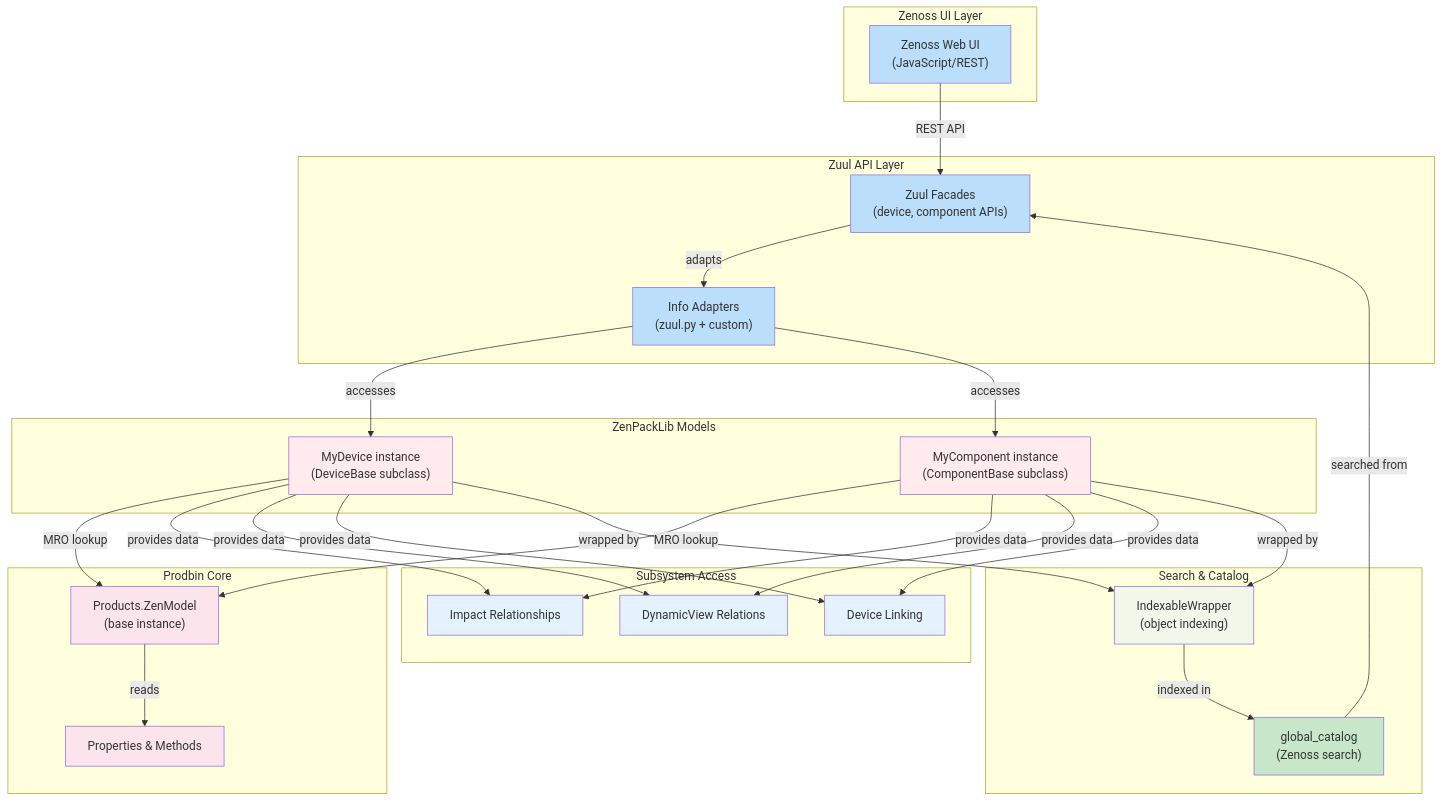
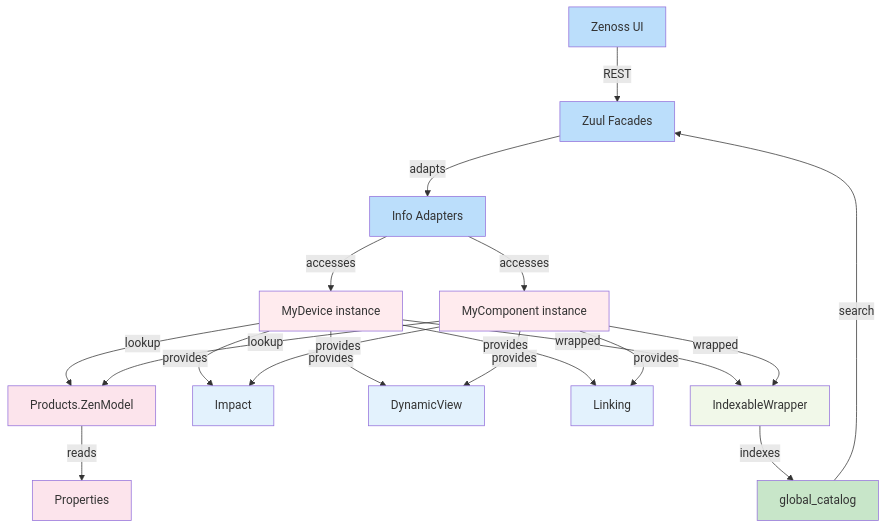
Before and after one commit to lundybernard/ZenPacks.zenoss.ZenPackLib: the third of 7 diagrams in ARCHITECTURE_AND_REVERSE_ENGINEERING.md, drawn with Mermaid. The commit also changed other lines of this file, not shown here.

Commit message:
Refactor mermaid diagrams for improved clarity and conciseness in architecture documentation

````diff
--- a/ARCHITECTURE_AND_REVERSE_ENGINEERING.md
+++ b/ARCHITECTURE_AND_REVERSE_ENGINEERING.md
@@ -375,63 +375,46 @@
 ```mermaid
 graph TB
-    subgraph UI_L["Zenoss UI Layer"]
-        UI["Zenoss Web UI<br/>(JavaScript/REST)"]
-    end
+    UI["Zenoss UI"]
+    ZUULFACADE["Zuul Facades"]
+    INFOADAPT["Info Adapters"]
+    DEVOBJ["MyDevice instance"]
+    COMPOBJ["MyComponent instance"]
+    PRODOBJ["Products.ZenModel"]
+    PROPS["Properties"]
+    IMPACTQ["Impact"]
+    DYVIEWQ["DynamicView"]
+    LINKPROV["Linking"]
+    CAT["global_catalog"]
+    WRAPPER["IndexableWrapper"]
 
-    subgraph ZUUL_L["Zuul API Layer"]
-        ZUULFACADE["Zuul Facades<br/>(device, component APIs)"]
-        INFOADAPT["Info Adapters<br/>(zuul.py + custom)"]
-    end
-
-    subgraph MODEL_L["ZenPackLib Models"]
-        DEVOBJ["MyDevice instance<br/>(DeviceBase subclass)"]
-        COMPOBJ["MyComponent instance<br/>(ComponentBase subclass)"]
-    end
-
-    subgraph PROD_L["Prodbin Core"]
-        PRODOBJ["Products.ZenModel<br/>(base instance)"]
-        PROPS["Properties & Methods"]
-    end
-
-    subgraph SUB_L["Subsystem Access"]
-        IMPACTQ["Impact Relationships"]
-        DYVIEWQ["DynamicView Relations"]
-        LINKPROV["Device Linking"]
-    end
-
-    subgraph CAT_L["Search & Catalog"]
-        CAT["global_catalog<br/>(Zenoss search)"]
-        WRAPPER["IndexableWrapper<br/>(object indexing)"]
-    end
-
-    UI -->|REST API| ZUULFACADE
+    UI -->|REST| ZUULFACADE
     ZUULFACADE -->|adapts| INFOADAPT
     INFOADAPT -->|accesses| DEVOBJ
     INFOADAPT -->|accesses| COMPOBJ
-    DEVOBJ -->|MRO lookup| PRODOBJ
-    COMPOBJ -->|MRO lookup| PRODOBJ
+    DEVOBJ -->|lookup| PRODOBJ
+    COMPOBJ -->|lookup| PRODOBJ
     PRODOBJ -->|reads| PROPS
-    DEVOBJ -->|provides data| IMPACTQ
-    DEVOBJ -->|provides data| DYVIEWQ
-    DEVOBJ -->|provides data| LINKPROV
-    COMPOBJ -->|provides data| IMPACTQ
-    COMPOBJ -->|provides data| DYVIEWQ
-    COMPOBJ -->|provides data| LINKPROV
-    DEVOBJ -->|wrapped by| WRAPPER
-    COMPOBJ -->|wrapped by| WRAPPER
-    WRAPPER -->|indexed in| CAT
-    CAT -->|searched from| ZUULFACADE
+    DEVOBJ -->|provides| IMPACTQ
+    DEVOBJ -->|provides| DYVIEWQ
+    DEVOBJ -->|provides| LINKPROV
+    COMPOBJ -->|provides| IMPACTQ
+    COMPOBJ -->|provides| DYVIEWQ
+    COMPOBJ -->|provides| LINKPROV
+    DEVOBJ -->|wrapped| WRAPPER
+    COMPOBJ -->|wrapped| WRAPPER
+    WRAPPER -->|indexes| CAT
+    CAT -->|search| ZUULFACADE
 
     style UI fill:#bbdefb
     style ZUULFACADE fill:#bbdefb
     style INFOADAPT fill:#bbdefb
     style DEVOBJ fill:#ffebee
     style COMPOBJ fill:#ffebee
     style PRODOBJ fill:#fce4ec
     style PROPS fill:#fce4ec
     style IMPACTQ fill:#e3f2fd
     style DYVIEWQ fill:#e3f2fd
     style LINKPROV fill:#e3f2fd
     style CAT fill:#c8e6c9
     style WRAPPER fill:#f1f8e9
 ```
````
